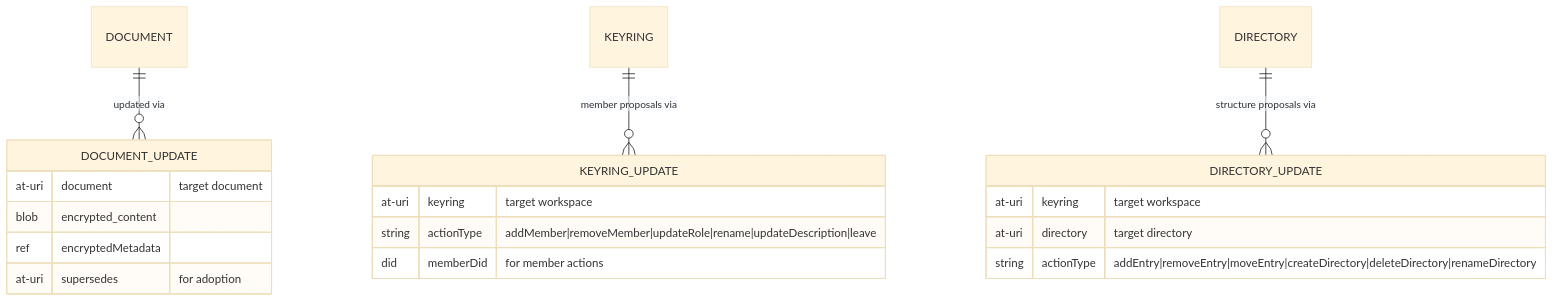
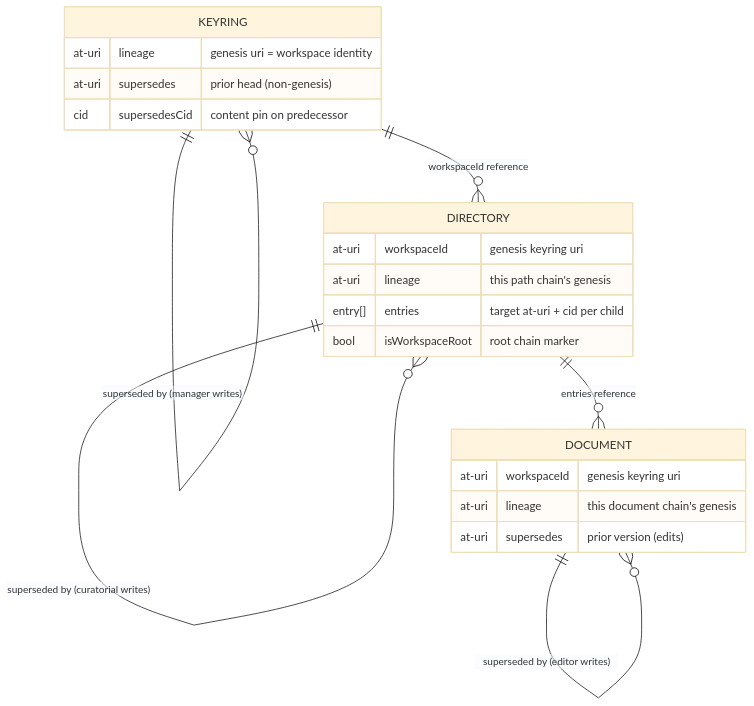
The fourth of 4 diagrams in docs/ARCHITECTURE.md (Sans-Self/Opake), drawn with Mermaid (base theme) before and after one commit. The commit also changed other lines of this file and 35 other files, not shown here.

````diff
--- a/docs/ARCHITECTURE.md
+++ b/docs/ARCHITECTURE.md
@@ -195,25 +200,27 @@
 ```mermaid
 erDiagram
-    DOCUMENT ||--o{ DOCUMENT_UPDATE : "updated via"
-    KEYRING ||--o{ KEYRING_UPDATE : "member proposals via"
-    DIRECTORY ||--o{ DIRECTORY_UPDATE : "structure proposals via"
+    KEYRING ||--o{ KEYRING : "superseded by (manager writes)"
+    DIRECTORY ||--o{ DIRECTORY : "superseded by (curatorial writes)"
+    DOCUMENT ||--o{ DOCUMENT : "superseded by (editor writes)"
+    KEYRING ||--o{ DIRECTORY : "workspaceId reference"
+    DIRECTORY ||--o{ DOCUMENT : "entries reference"
 
-    DOCUMENT_UPDATE {
-        at-uri document "target document"
-        blob encrypted_content
-        ref encryptedMetadata
-        at-uri supersedes "for adoption"
+    KEYRING {
+        at-uri lineage "genesis uri = workspace identity"
+        at-uri supersedes "prior head (non-genesis)"
+        cid supersedesCid "content pin on predecessor"
     }
 
-    KEYRING_UPDATE {
-        at-uri keyring "target workspace"
-        string actionType "addMember|removeMember|updateRole|rename|updateDescription|leave"
-        did memberDid "for member actions"
+    DIRECTORY {
+        at-uri workspaceId "genesis keyring uri"
+        at-uri lineage "this path chain's genesis"
+        entry[] entries "target at-uri + cid per child"
+        bool isWorkspaceRoot "root chain marker"
     }
 
-    DIRECTORY_UPDATE {
-        at-uri keyring "target workspace"
-        at-uri directory "target directory"
-        string actionType "addEntry|removeEntry|moveEntry|createDirectory|deleteDirectory|renameDirectory"
+    DOCUMENT {
+        at-uri workspaceId "genesis keyring uri"
+        at-uri lineage "this document chain's genesis"
+        at-uri supersedes "prior version (edits)"
     }
 ```
````
